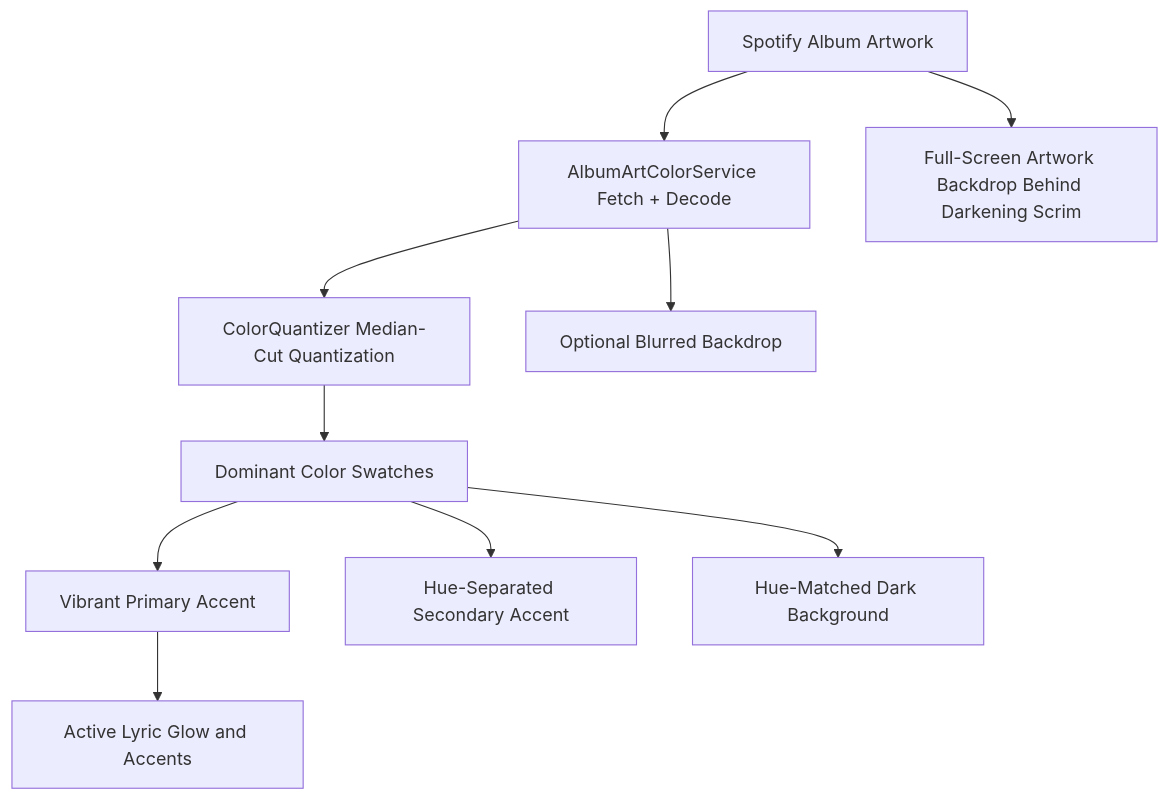
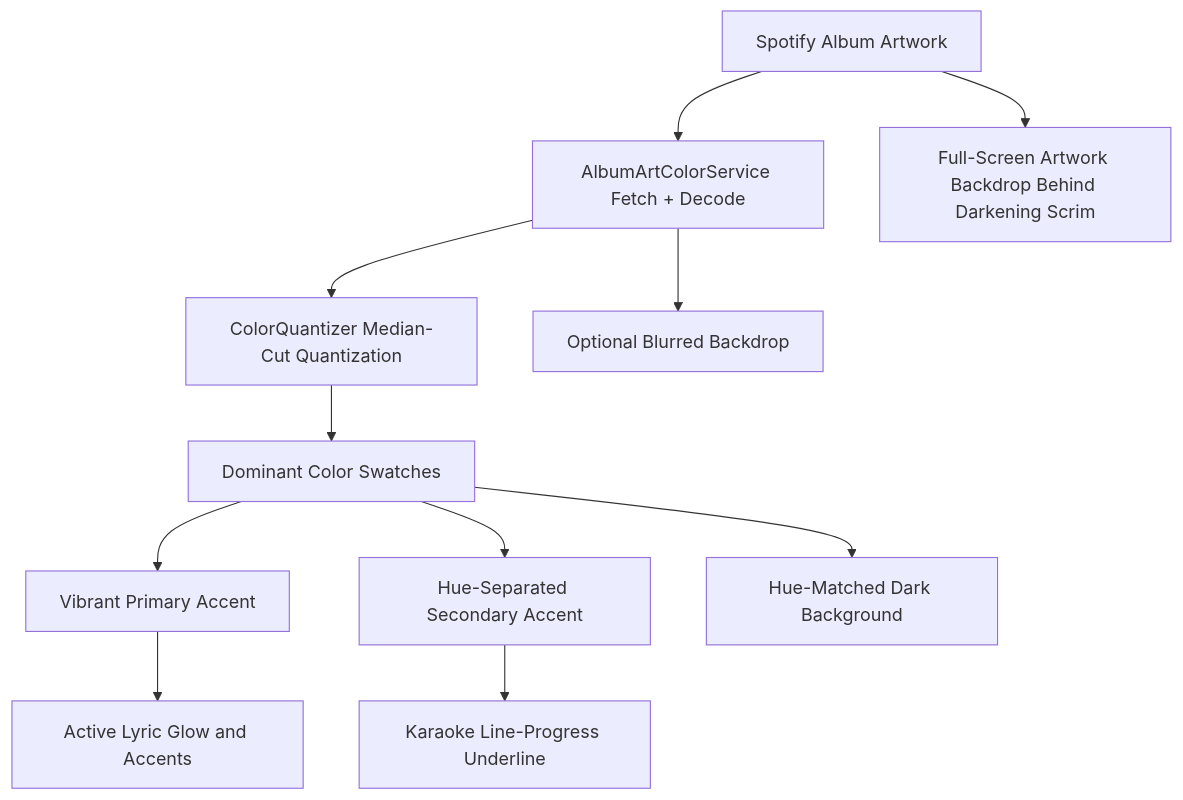
Before and after one commit to jav76/Cantus: the first of 2 diagrams in docs/user-guide/theming.md, drawn with Mermaid. The commit also changed 5 other files, not shown here.

First line of the commit message:
feat(client): color the karaoke underline from the dynamic theme

````diff
--- a/docs/user-guide/theming.md
+++ b/docs/user-guide/theming.md
@@ -11,12 +11,13 @@
 ```mermaid
 flowchart TD
     Art[Spotify Album Artwork] --> Fetch[AlbumArtColorService Fetch + Decode]
     Fetch --> Quantize[ColorQuantizer Median-Cut Quantization]
     Quantize --> Swatches[Dominant Color Swatches]
     Swatches --> Primary[Vibrant Primary Accent]
     Swatches --> Secondary[Hue-Separated Secondary Accent]
+    Secondary --> Karaoke[Karaoke Line-Progress Underline]
     Swatches --> Background[Hue-Matched Dark Background]
     Primary --> ActiveLyric[Active Lyric Glow and Accents]
     Art --> Backdrop[Full-Screen Artwork Backdrop Behind Darkening Scrim]
     Fetch --> Blur[Optional Blurred Backdrop]
 ```
````
